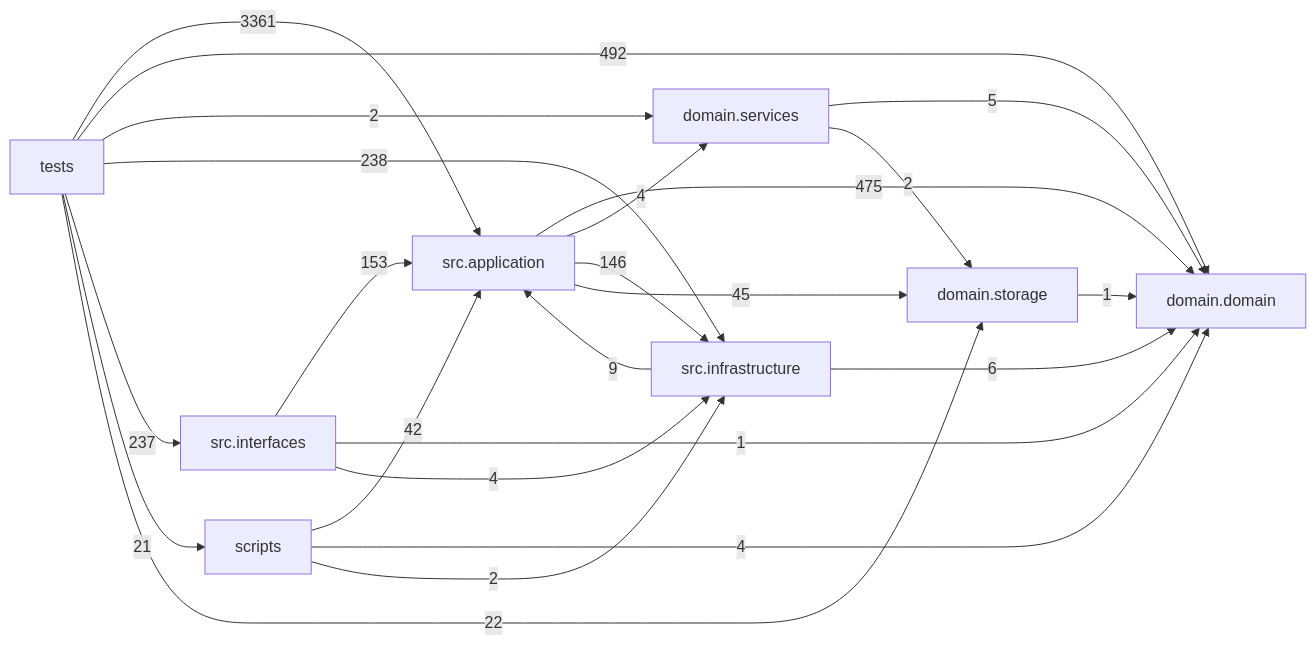
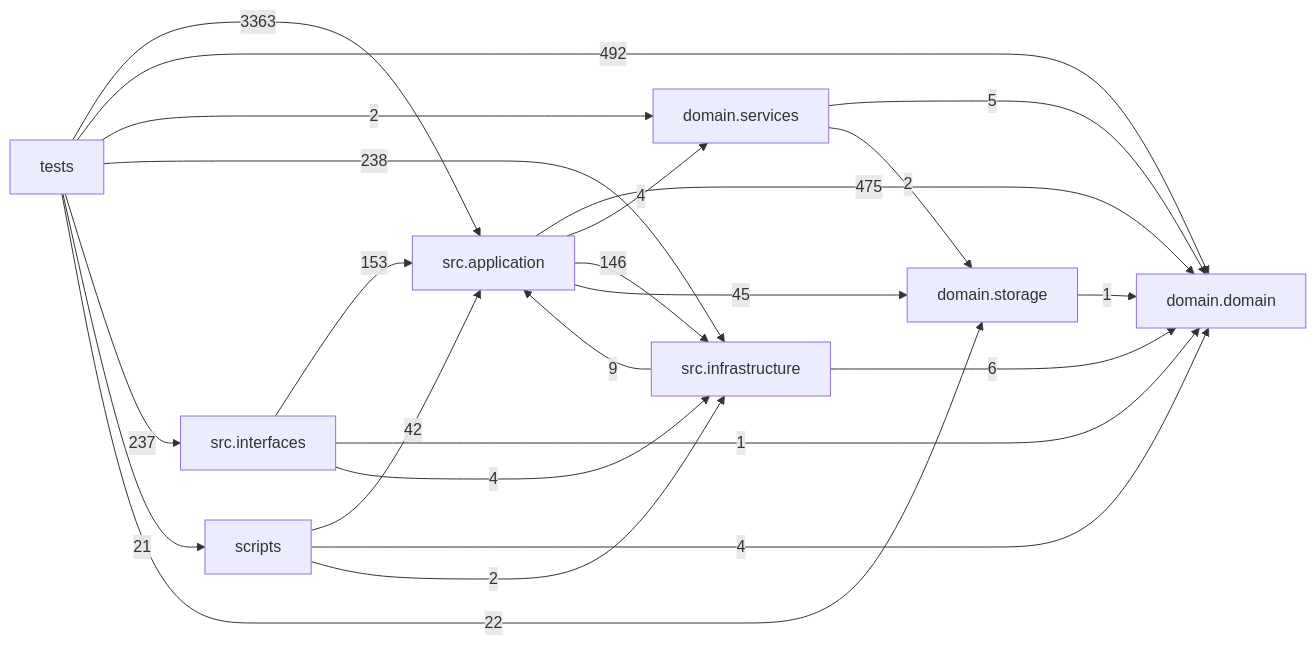
The diagram in docs/DEPENDENCY_GRAPH.md (liuxie066/options-monitor), drawn with Mermaid before and after one commit. The commit also changed other lines of this file and 7 other files, not shown here.

````diff
--- a/docs/DEPENDENCY_GRAPH.md
+++ b/docs/DEPENDENCY_GRAPH.md
@@ -24,33 +24,33 @@
 ```mermaid
 flowchart LR
   tests["tests"]
   scripts["scripts"]
   interfaces["src.interfaces"]
   application["src.application"]
   infrastructure["src.infrastructure"]
   domain_services["domain.services"]
   domain["domain.domain"]
   storage["domain.storage"]
   application -->|475| domain
   application -->|4| domain_services
   application -->|146| infrastructure
   application -->|45| storage
   domain_services -->|5| domain
   domain_services -->|2| storage
   infrastructure -->|9| application
   infrastructure -->|6| domain
   interfaces -->|153| application
   interfaces -->|1| domain
   interfaces -->|4| infrastructure
   scripts -->|42| application
   scripts -->|4| domain
   scripts -->|2| infrastructure
   storage -->|1| domain
-  tests -->|3361| application
+  tests -->|3363| application
   tests -->|492| domain
   tests -->|2| domain_services
   tests -->|238| infrastructure
   tests -->|237| interfaces
   tests -->|21| scripts
   tests -->|22| storage
 ```
````
